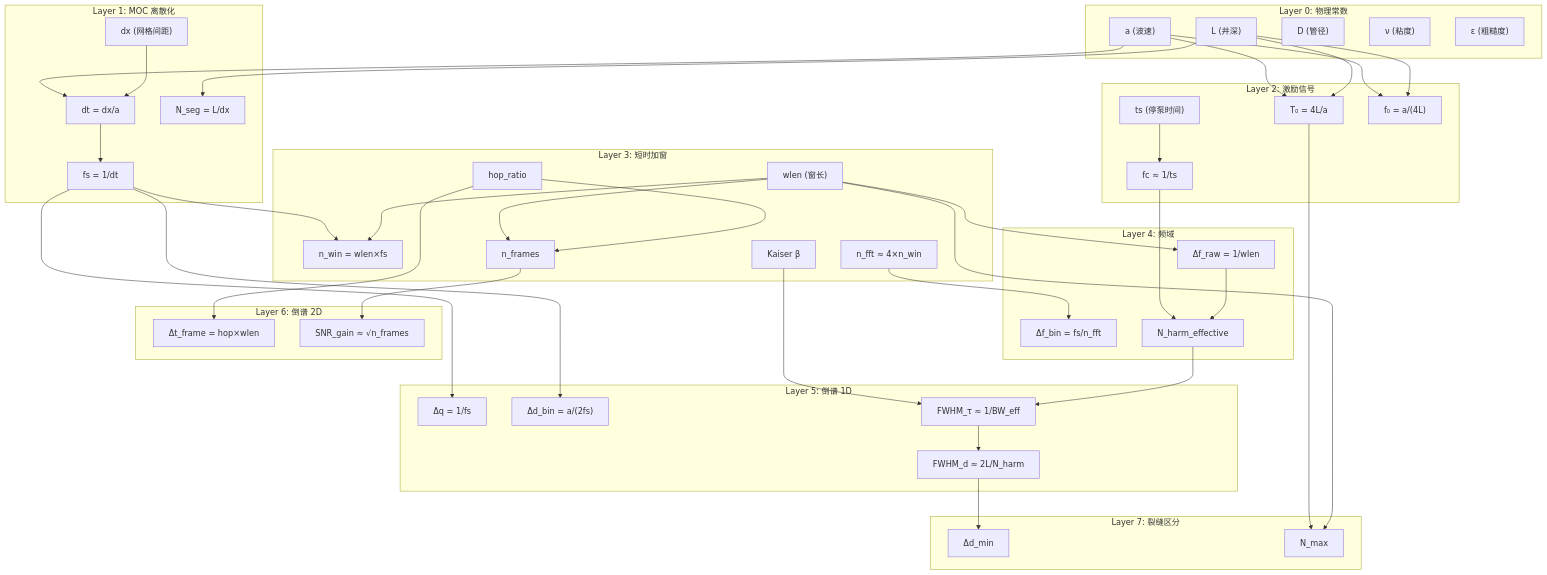
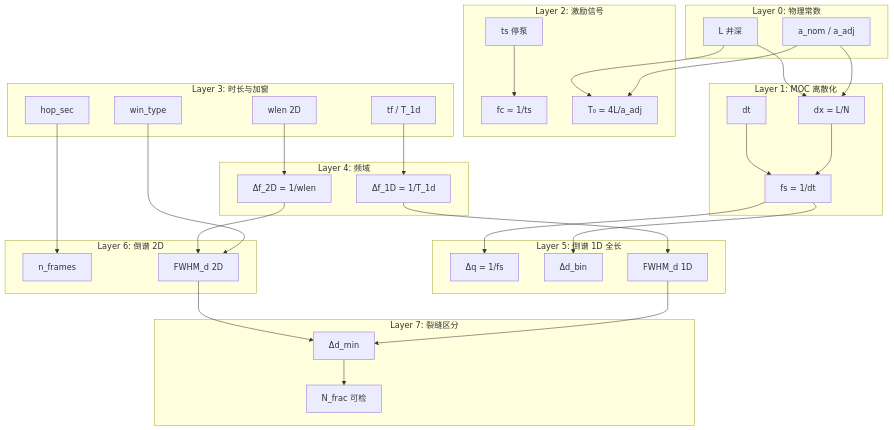
The diagram in docs/PARAMETER_CHAIN.md (Y-Change/wellbore_moc_method), drawn with Mermaid before and after one commit. The commit also changed other lines of this file and 6 other files, not shown here.

````diff
--- a/docs/PARAMETER_CHAIN.md
+++ b/docs/PARAMETER_CHAIN.md
@@ -12,84 +13,66 @@
 ```mermaid
 graph TD
     subgraph L0["Layer 0: 物理常数"]
-        a["a (波速)"]
-        L["L (井深)"]
-        D["D (管径)"]
-        nu["ν (粘度)"]
-        eps["ε (粗糙度)"]
+        a["a_nom / a_adj"]
+        L["L 井深"]
     end
 
     subgraph L1["Layer 1: MOC 离散化"]
-        dx["dx (网格间距)"]
-        dt["dt = dx/a"]
+        dx["dx = L/N"]
+        dt["dt"]
         fs["fs = 1/dt"]
-        Nseg["N_seg = L/dx"]
     end
 
     subgraph L2["Layer 2: 激励信号"]
-        ts["ts (停泵时间)"]
+        ts["ts 停泵"]
         fc["fc ≈ 1/ts"]
-        T0["T₀ = 4L/a"]
-        f0["f₀ = a/(4L)"]
+        T0["T₀ = 4L/a_adj"]
     end
 
-    subgraph L3["Layer 3: 短时加窗"]
-        wlen["wlen (窗长)"]
-        hop_r["hop_ratio"]
-        n_win["n_win = wlen×fs"]
-        n_fft["n_fft ≈ 4×n_win"]
-        beta["Kaiser β"]
-        n_frames["n_frames"]
+    subgraph L3["Layer 3: 时长与加窗"]
+        tf["tf / T_1d"]
+        wlen["wlen 2D"]
+        hop["hop_sec"]
+        win["win_type"]
     end
 
     subgraph L4["Layer 4: 频域"]
-        df_raw["Δf_raw = 1/wlen"]
-        df_bin["Δf_bin = fs/n_fft"]
-        N_harm["N_harm_effective"]
+        df1["Δf_1D = 1/T_1d"]
+        df2["Δf_2D = 1/wlen"]
     end
 
-    subgraph L5["Layer 5: 倒谱 1D"]
+    subgraph L5["Layer 5: 倒谱 1D 全长"]
         dq["Δq = 1/fs"]
-        dd_bin["Δd_bin = a/(2fs)"]
-        FWHM_tau["FWHM_τ ≈ 1/BW_eff"]
-        FWHM_d["FWHM_d ≈ 2L/N_harm"]
+        dd_bin["Δd_bin"]
+        FWHM1["FWHM_d 1D"]
     end
 
     subgraph L6["Layer 6: 倒谱 2D"]
-        dt_frame["Δt_frame = hop×wlen"]
-        SNR_gain["SNR_gain ≈ √n_frames"]
+        nfr["n_frames"]
+        FWHM2["FWHM_d 2D"]
     end
 
     subgraph L7["Layer 7: 裂缝区分"]
         dd_min["Δd_min"]
-        N_max["N_max"]
+        nmax["N_frac 可检"]
     end
 
-    a --> dt
+    a --> dx
     a --> T0
-    a --> f0
-    L --> Nseg
+    L --> dx
     L --> T0
-    L --> f0
-    dx --> dt
+    dx --> fs
     dt --> fs
     fs --> dq
     fs --> dd_bin
-    fs --> n_win
     ts --> fc
-    fc --> N_harm
-    wlen --> n_win
-    wlen --> df_raw
-    wlen --> n_frames
-    hop_r --> n_frames
-    hop_r --> dt_frame
-    n_fft --> df_bin
-    beta --> FWHM_tau
-    df_raw --> N_harm
-    N_harm --> FWHM_tau
-    FWHM_tau --> FWHM_d
-    FWHM_d --> dd_min
-    n_frames --> SNR_gain
-    T0 --> N_max
-    wlen --> N_max
+    tf --> df1
+    wlen --> df2
+    hop --> nfr
+    win --> FWHM2
+    df1 --> FWHM1
+    df2 --> FWHM2
+    FWHM1 --> dd_min
+    FWHM2 --> dd_min
+    dd_min --> nmax
 ```
````
